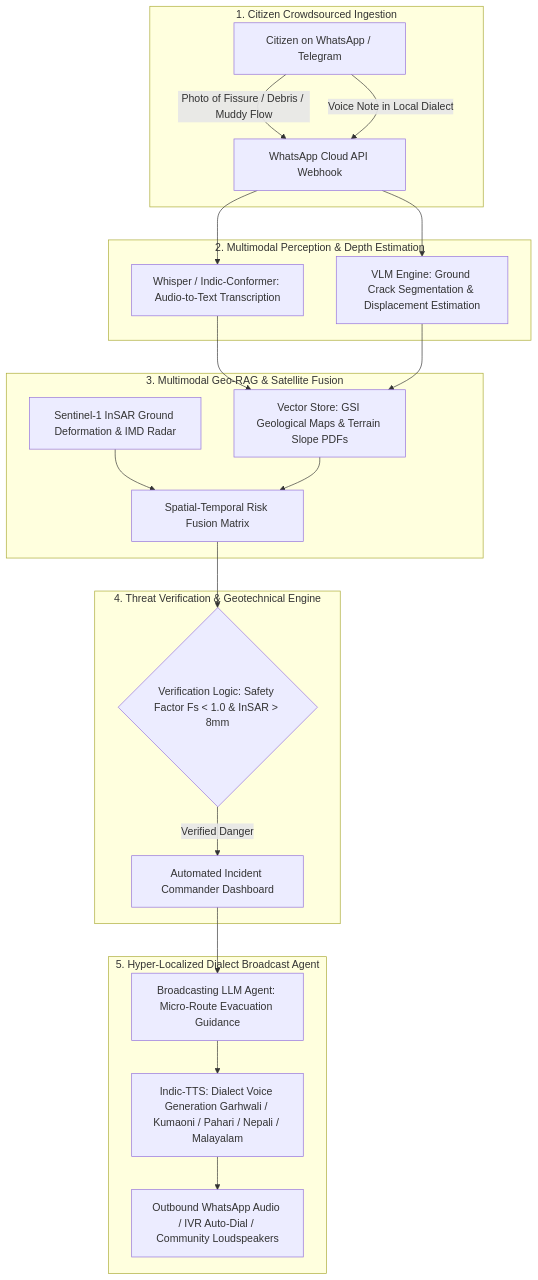
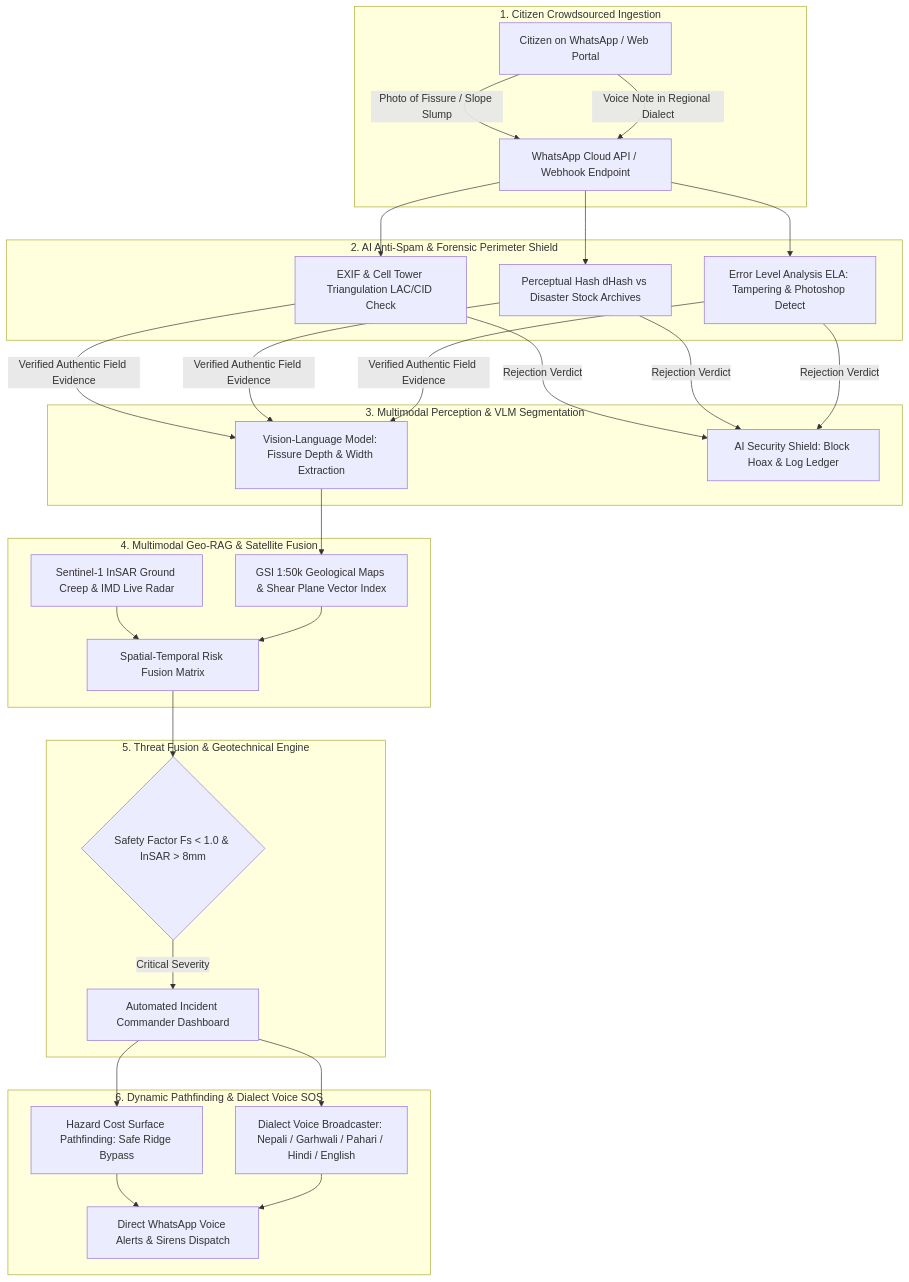
One commit to Kritika200520/SIH changed the first of 3 diagrams in README.md. Above: the diagram before and after it, drawn with Mermaid. The commit also changed other lines of this file, not shown here.

Commit message:
Update README.md with complete architecture, Himalayan focus, and WhatsApp portal documentation

````diff
--- a/README.md
+++ b/README.md
@@ -10,29 +10,35 @@
 ```mermaid
 flowchart TD
     subgraph Ingestion["1. Citizen Crowdsourced Ingestion"]
-        A1[Citizen on WhatsApp / Telegram] -->|Photo of Fissure / Debris / Muddy Flow| A2[WhatsApp Cloud API Webhook]
-        A1 -->|Voice Note in Local Dialect| A2
+        A1[Citizen on WhatsApp / Web Portal] -->|Photo of Fissure / Slope Slump| A2[WhatsApp Cloud API / Webhook Endpoint]
+        A1 -->|Voice Note in Regional Dialect| A2
     end
 
-    subgraph Perception["2. Multimodal Perception & Depth Estimation"]
-        A2 --> B1[Whisper / Indic-Conformer: Audio-to-Text Transcription]
-        A2 --> B2[VLM Engine: Ground Crack Segmentation & Displacement Estimation]
+    subgraph Perimeter["2. AI Anti-Spam & Forensic Perimeter Shield"]
+        A2 --> B1[EXIF & Cell Tower Triangulation LAC/CID Check]
+        A2 --> B2[Perceptual Hash dHash vs Disaster Stock Archives]
+        A2 --> B3[Error Level Analysis ELA: Tampering & Photoshop Detect]
     end
 
-    subgraph GeoRAG["3. Multimodal Geo-RAG & Satellite Fusion"]
-        B1 & B2 --> C1[Vector Store: GSI Geological Maps & Terrain Slope PDFs]
-        C2[Sentinel-1 InSAR Ground Deformation & IMD Radar] --> C3[Spatial-Temporal Risk Fusion Matrix]
-        C1 --> C3
+    subgraph Perception["3. Multimodal Perception & VLM Segmentation"]
+        B1 & B2 & B3 -->|Verified Authentic Field Evidence| C1[Vision-Language Model: Fissure Depth & Width Extraction]
+        B1 & B2 & B3 -->|Rejection Verdict| C2[AI Security Shield: Block Hoax & Log Ledger]
     end
 
-    subgraph Verification["4. Threat Verification & Geotechnical Engine"]
-        C3 --> D1{Verification Logic: Safety Factor Fs < 1.0 & InSAR > 8mm}
-        D1 -->|Verified Danger| E1[Automated Incident Commander Dashboard]
+    subgraph GeoRAG["4. Multimodal Geo-RAG & Satellite Fusion"]
+        C1 --> D1[GSI 1:50k Geological Maps & Shear Plane Vector Index]
+        D2[Sentinel-1 InSAR Ground Creep & IMD Live Radar] --> D3[Spatial-Temporal Risk Fusion Matrix]
+        D1 --> D3
     end
 
-    subgraph Broadcast["5. Hyper-Localized Dialect Broadcast Agent"]
-        E1 --> F1[Broadcasting LLM Agent: Micro-Route Evacuation Guidance]
-        F1 --> F2[Indic-TTS: Dialect Voice Generation Garhwali / Kumaoni / Pahari / Nepali / Malayalam]
-        F2 --> F3[Outbound WhatsApp Audio / IVR Auto-Dial / Community Loudspeakers]
+    subgraph Verification["5. Threat Fusion & Geotechnical Engine"]
+        D3 --> E1{Safety Factor Fs < 1.0 & InSAR > 8mm}
+        E1 -->|Critical Severity| F1[Automated Incident Commander Dashboard]
+    end
+
+    subgraph Dispatch["6. Dynamic Pathfinding & Dialect Voice SOS"]
+        F1 --> G1[Hazard Cost Surface Pathfinding: Safe Ridge Bypass]
+        F1 --> G2[Dialect Voice Broadcaster: Nepali / Garhwali / Pahari / Hindi / English]
+        G1 & G2 --> H1[Direct WhatsApp Voice Alerts & Sirens Dispatch]
     end
 ```
````
